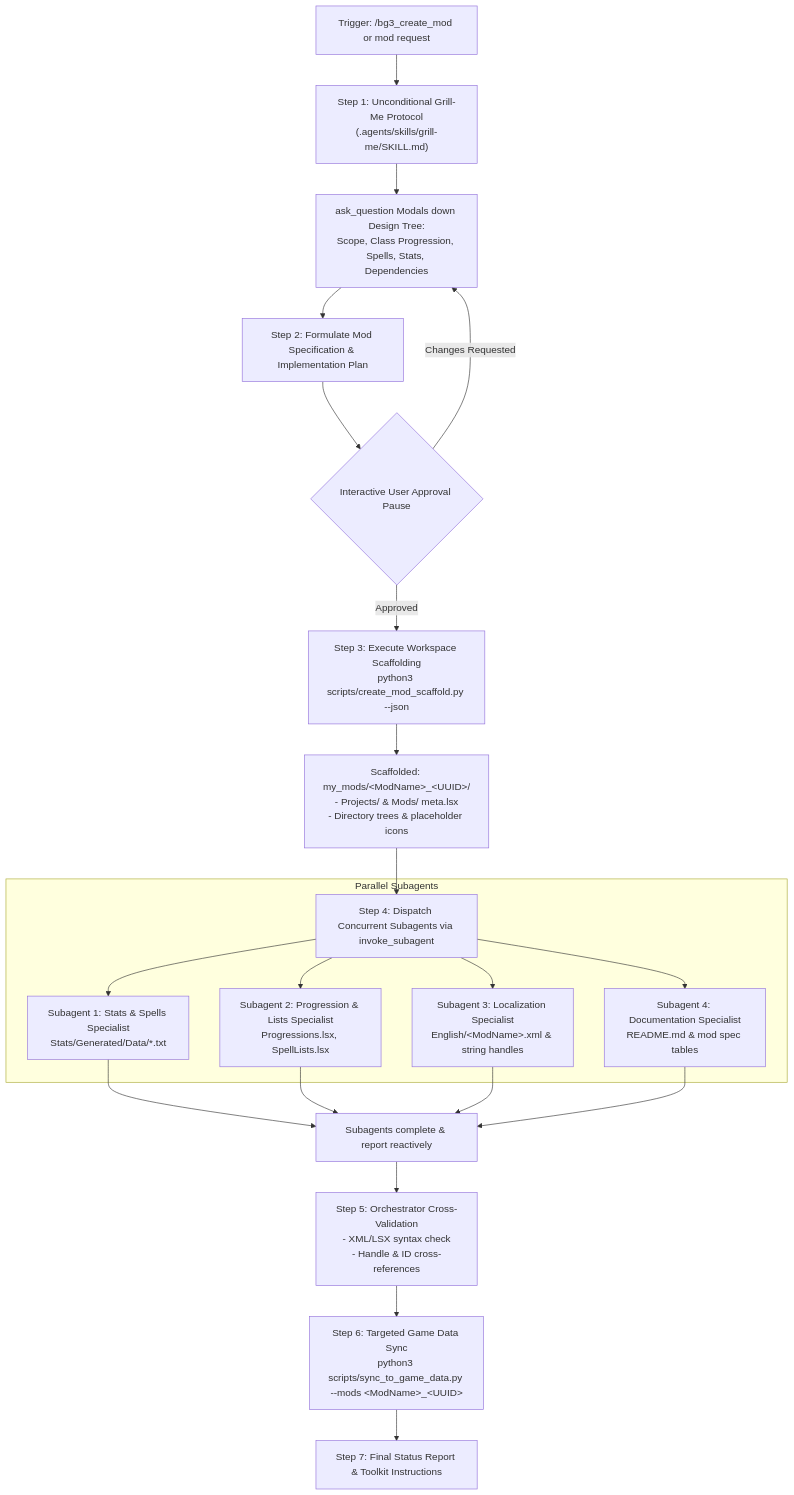
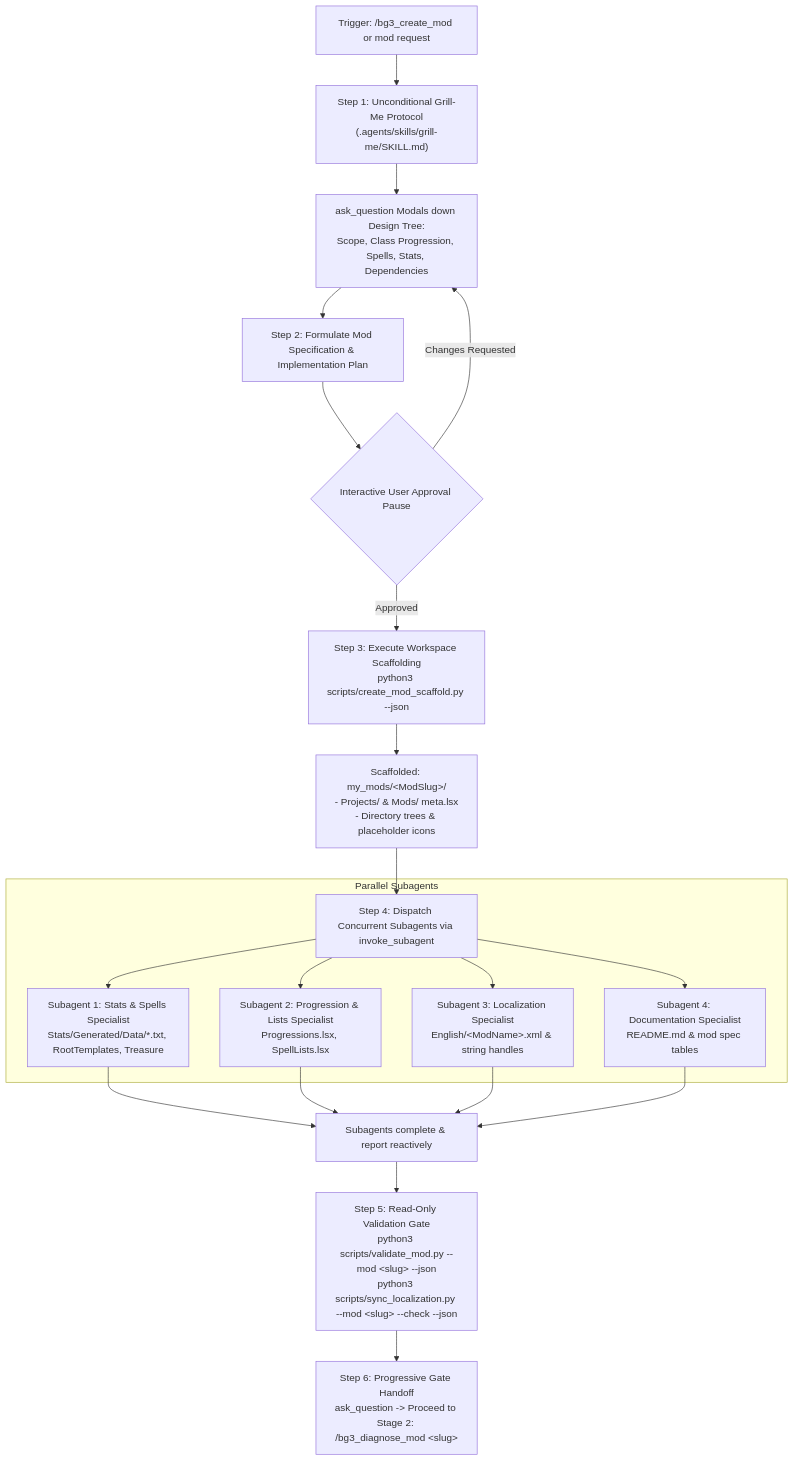
Before and after one commit to jpelton-stroud/bg3-mod-studio: the diagram in .agents/skills/bg3_create_mod/SKILL.md, drawn with Mermaid. The commit also changed other lines of this file and 51 other files, not shown here.

First line of the commit message:
refactor(scripts): streamline mod lifecycle tooling and agent skills (#23)

````diff
--- a/.agents/skills/bg3_create_mod/SKILL.md
+++ b/.agents/skills/bg3_create_mod/SKILL.md
@@ -22,39 +35,38 @@
 ```mermaid
 flowchart TD
     A["Trigger: /bg3_create_mod or mod request"] --> B["Step 1: Unconditional Grill-Me Protocol
 (.agents/skills/grill-me/SKILL.md)"]
     B --> C["ask_question Modals down Design Tree:
 Scope, Class Progression, Spells, Stats, Dependencies"]
     C --> D["Step 2: Formulate Mod Specification & Implementation Plan"]
     D --> E{"Interactive User Approval Pause"}
     E -- "Changes Requested" --> C
     E -- "Approved" --> F["Step 3: Execute Workspace Scaffolding
 python3 scripts/create_mod_scaffold.py --json"]
-    F --> G["Scaffolded: my_mods/&lt;ModName&gt;_&lt;UUID&gt;/
+    F --> G["Scaffolded: my_mods/&lt;ModSlug&gt;/
 - Projects/ & Mods/ meta.lsx
 - Directory trees & placeholder icons"]
     G --> H["Step 4: Dispatch Concurrent Subagents via invoke_subagent"]
     
     subgraph Parallel Subagents
         H --> I1["Subagent 1: Stats & Spells Specialist
-Stats/Generated/Data/*.txt"]
+Stats/Generated/Data/*.txt, RootTemplates, Treasure"]
         H --> I2["Subagent 2: Progression & Lists Specialist
 Progressions.lsx, SpellLists.lsx"]
         H --> I3["Subagent 3: Localization Specialist
 English/&lt;ModName&gt;.xml & string handles"]
         H --> I4["Subagent 4: Documentation Specialist
 README.md & mod spec tables"]
     end
     
     I1 --> J["Subagents complete & report reactively"]
     I2 --> J
     I3 --> J
     I4 --> J
     
-    J --> K["Step 5: Orchestrator Cross-Validation
-- XML/LSX syntax check
-- Handle & ID cross-references"]
-    K --> L["Step 6: Targeted Game Data Sync
-python3 scripts/sync_to_game_data.py --mods &lt;ModName&gt;_&lt;UUID&gt;"]
-    L --> M["Step 7: Final Status Report & Toolkit Instructions"]
+    J --> K["Step 5: Read-Only Validation Gate
+python3 scripts/validate_mod.py --mod &lt;slug&gt; --json
+python3 scripts/sync_localization.py --mod &lt;slug&gt; --check --json"]
+    K --> L["Step 6: Progressive Gate Handoff
+ask_question -> Proceed to Stage 2: /bg3_diagnose_mod &lt;slug&gt;"]
 ```
````
